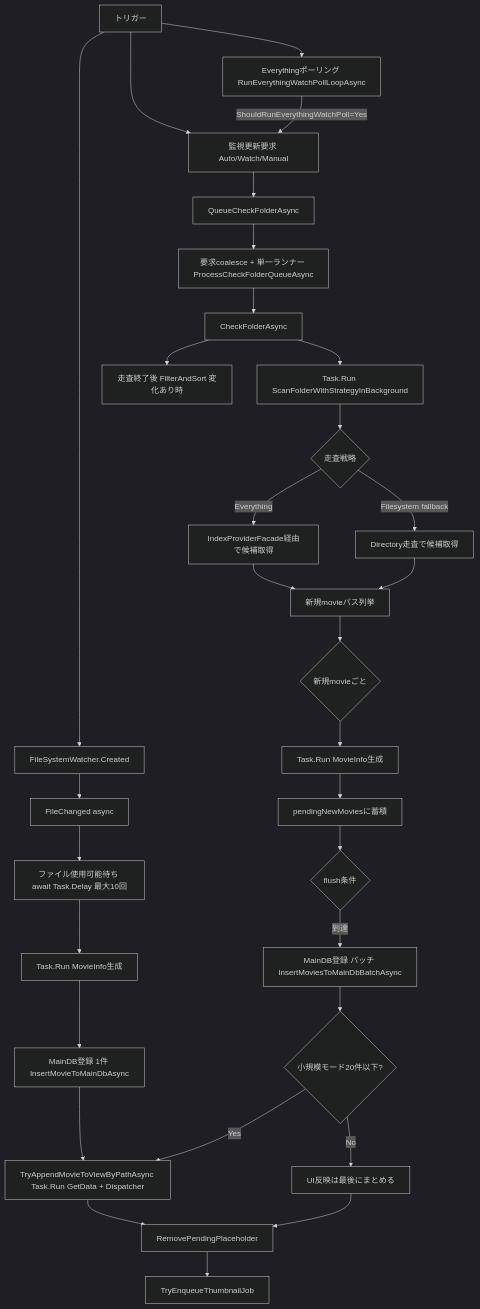
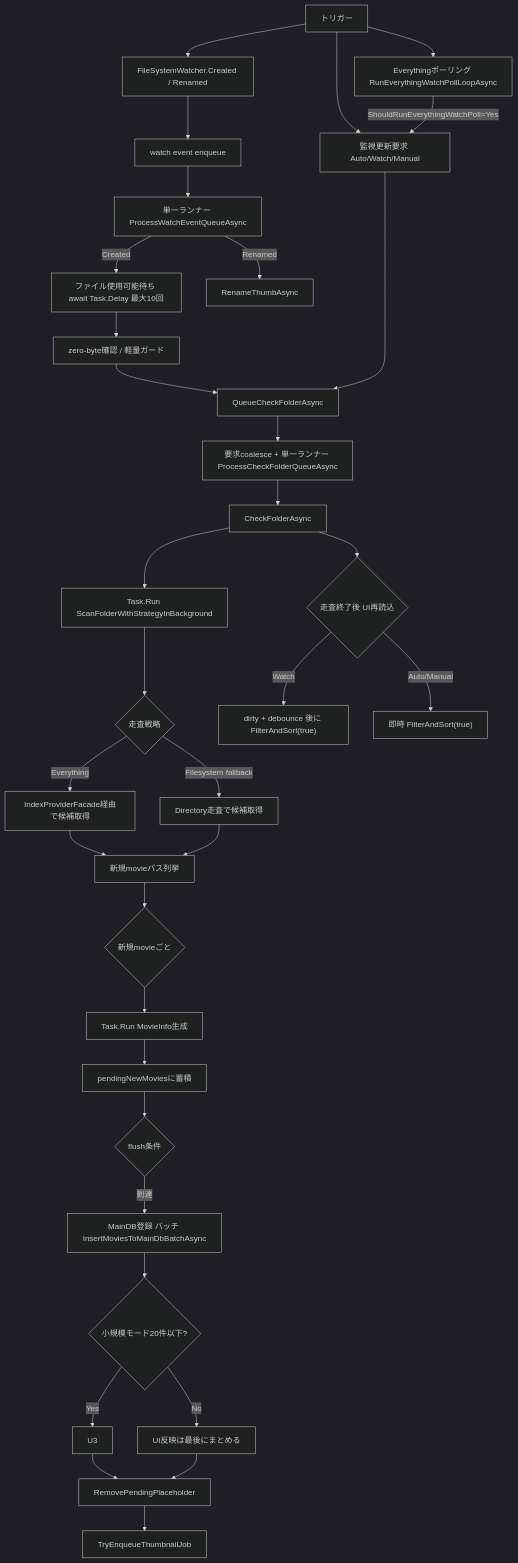
Before and after one commit to XiAce-Lite/IndigoMovieManager: the diagram in Watcher/Flowchart_メインDB登録非同期化現状_2026-03-05.md, drawn with Mermaid (dark theme). The commit also changed other lines of this file and 11 other files, not shown here.

Commit message:
Watcher と MainDB 高速化のための再整理を反映

````diff
--- a/Watcher/Flowchart_メインDB登録非同期化現状_2026-03-05.md
+++ b/Watcher/Flowchart_メインDB登録非同期化現状_2026-03-05.md
@@ -5,37 +5,40 @@
 ```mermaid
 flowchart TD
     A["トリガー"];
-    A --> B1["FileSystemWatcher.Created"];
+    A --> B1["FileSystemWatcher.Created / Renamed"];
     A --> B2["監視更新要求 Auto/Watch/Manual"];
     A --> B3["Everythingポーリング RunEverythingWatchPollLoopAsync"];
     B3 -->|ShouldRunEverythingWatchPoll=Yes| B2;
 
-    B1 --> C1["FileChanged async"];
-    C1 --> D1["ファイル使用可能待ち await Task.Delay 最大10回"];
-    D1 --> E1["Task.Run MovieInfo生成"];
-    E1 --> U1["MainDB登録 1件 InsertMovieToMainDbAsync"];
+    B1 --> C1["watch event enqueue"];
+    C1 --> C1A["単一ランナー ProcessWatchEventQueueAsync"];
+    C1A -->|Created| D1["ファイル使用可能待ち await Task.Delay 最大10回"];
+    D1 --> E1["zero-byte確認 / 軽量ガード"];
+    E1 --> C2;
+    C1A -->|Renamed| E1A["RenameThumbAsync"];
 
     B2 --> C2["QueueCheckFolderAsync"];
     C2 --> D2["要求coalesce + 単一ランナー ProcessCheckFolderQueueAsync"];
     D2 --> E2["CheckFolderAsync"];
     E2 --> F2["Task.Run ScanFolderWithStrategyInBackground"];
     F2 --> G2{"走査戦略"};
     G2 -->|Everything| H2["IndexProviderFacade経由で候補取得"];
     G2 -->|Filesystem fallback| I2["Directory走査で候補取得"];
     H2 --> J2["新規movieパス列挙"];
     I2 --> J2;
     J2 --> K2{"新規movieごと"};
     K2 --> L2["Task.Run MovieInfo生成"];
     L2 --> M2["pendingNewMoviesに蓄積"];
     M2 --> N2{"flush条件"};
     N2 -->|到達| U2["MainDB登録 バッチ InsertMoviesToMainDbBatchAsync"];
-    E2 --> Z2["走査終了後 FilterAndSort 変化あり時"];
+    E2 --> Z2{"走査終了後 UI再読込"};
+    Z2 -->|Watch| Z3["dirty + debounce 後に FilterAndSort(true)"];
+    Z2 -->|Auto/Manual| Z4["即時 FilterAndSort(true)"];
 
-    U1 --> U3["TryAppendMovieToViewByPathAsync Task.Run GetData + Dispatcher"];
     U2 --> U4{"小規模モード20件以下?"};
     U4 -->|Yes| U3;
     U4 -->|No| U5["UI反映は最後にまとめる"];
     U3 --> U6["RemovePendingPlaceholder"];
     U5 --> U6;
     U6 --> U7["TryEnqueueThumbnailJob"];
 ```
````
